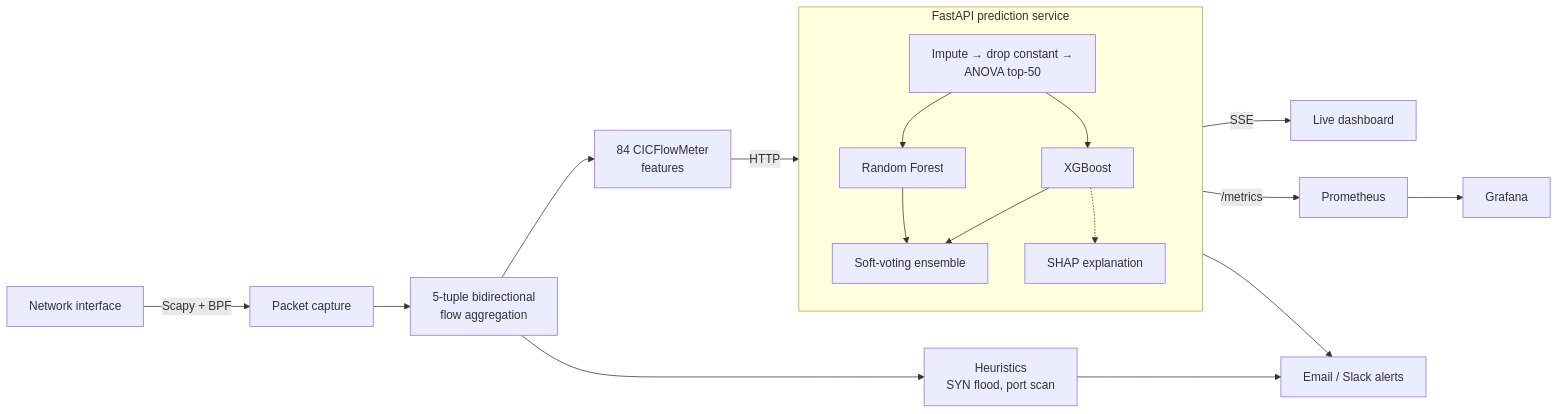
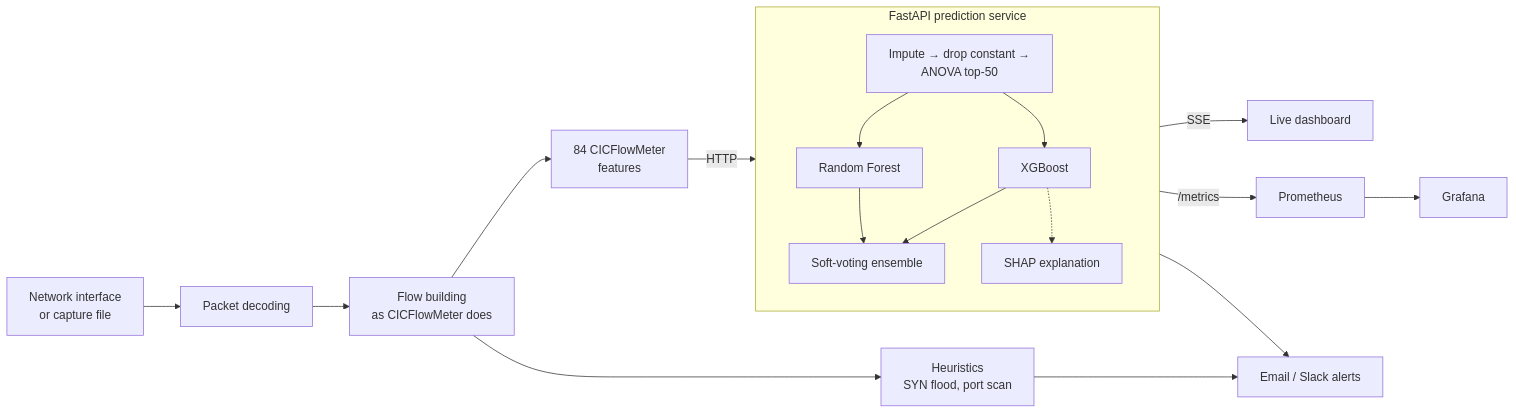
Before and after one commit to C00286234/ML-Based-NIDS: the diagram in README.md, drawn with Mermaid. The commit also changed other lines of this file and 28 other files, not shown here.

````diff
--- a/README.md
+++ b/README.md
@@ -38,19 +38,19 @@
 ```mermaid
 flowchart LR
-    NIC[Network interface] -->|Scapy + BPF| CAP[Packet capture]
-    CAP --> AGG[5-tuple bidirectional<br/>flow aggregation]
+    NIC[Network interface<br/>or capture file] --> CAP[Packet decoding]
+    CAP --> AGG[Flow building<br/>as CICFlowMeter does]
     AGG --> FE[84 CICFlowMeter<br/>features]
     FE -->|HTTP| API
     AGG --> HEU[Heuristics<br/>SYN flood, port scan]
     subgraph API [FastAPI prediction service]
         PRE[Impute → drop constant →<br/>ANOVA top-50] --> RF[Random Forest]
         PRE --> XGB[XGBoost]
         RF --> ENS[Soft-voting ensemble]
         XGB --> ENS
         XGB -.-> SHAP[SHAP explanation]
     end
     API -->|SSE| DASH[Live dashboard]
     API -->|/metrics| PROM[Prometheus] --> GRAF[Grafana]
     HEU --> ALERT[Email / Slack alerts]
     API --> ALERT
 ```
````
